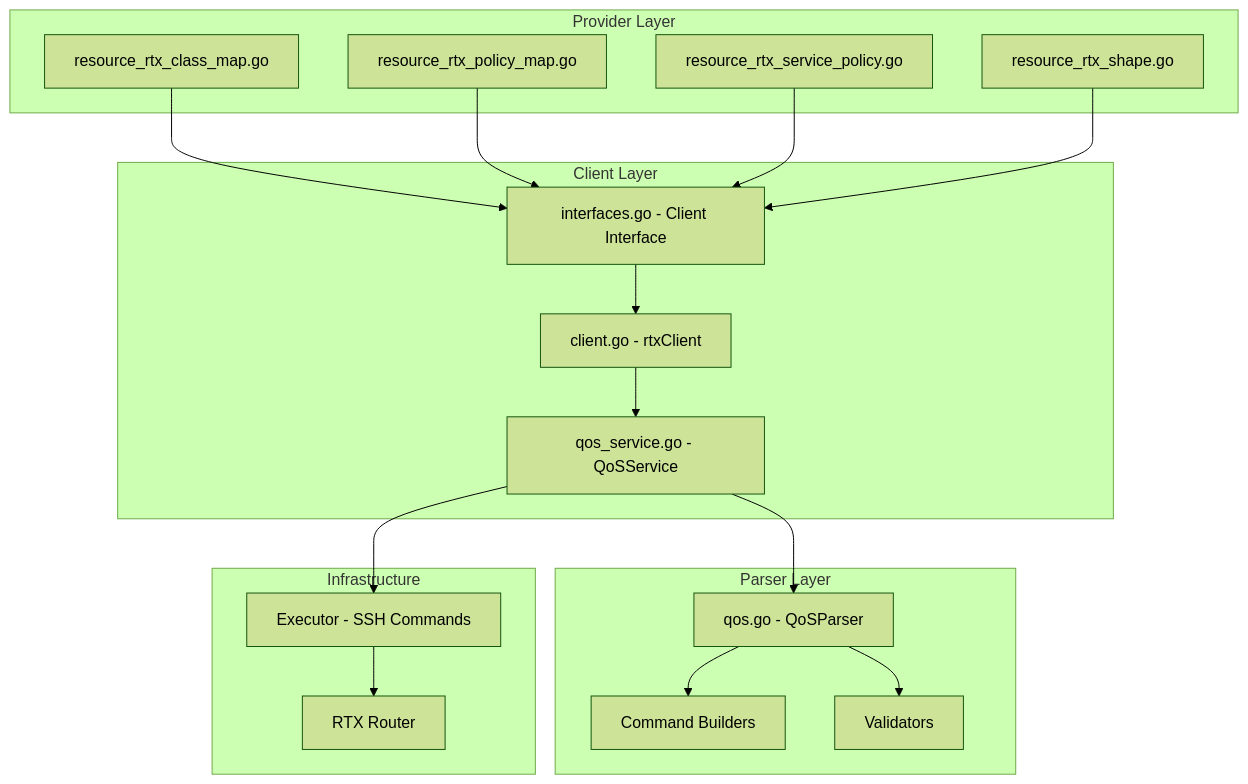
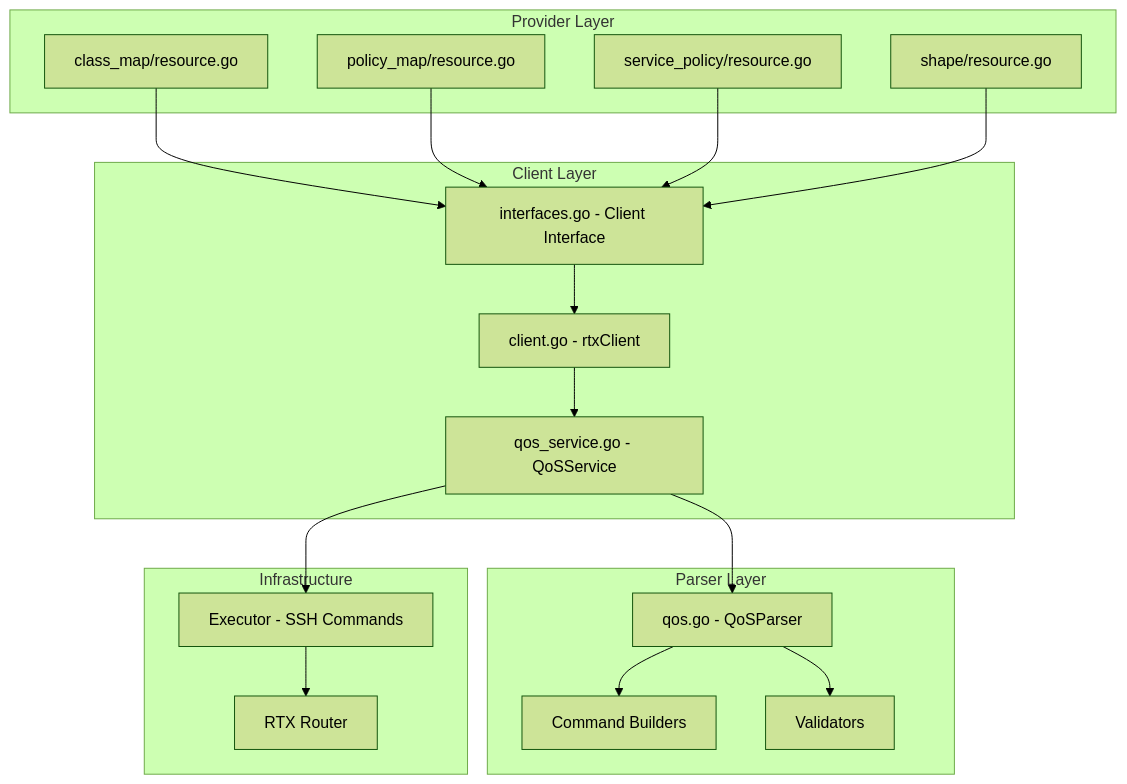
The first of 2 diagrams in .spec-workflow/master-specs/qos/design.md (shin1ohno/terraform-provider-rtx), drawn with Mermaid (forest theme) before and after one commit. The commit also changed other lines of this file and 43 other files, not shown here.

````diff
--- a/.spec-workflow/master-specs/qos/design.md
+++ b/.spec-workflow/master-specs/qos/design.md
@@ -55,42 +55,42 @@
 ```mermaid
 graph TD
     subgraph "Provider Layer"
-        CM[resource_rtx_class_map.go]
-        PM[resource_rtx_policy_map.go]
-        SP[resource_rtx_service_policy.go]
-        SH[resource_rtx_shape.go]
+        CM[class_map/resource.go]
+        PM[policy_map/resource.go]
+        SP[service_policy/resource.go]
+        SH[shape/resource.go]
     end
 
     subgraph "Client Layer"
         CI[interfaces.go - Client Interface]
         CL[client.go - rtxClient]
         QS[qos_service.go - QoSService]
     end
 
     subgraph "Parser Layer"
         QP[qos.go - QoSParser]
         CB[Command Builders]
         VL[Validators]
     end
 
     subgraph "Infrastructure"
         EX[Executor - SSH Commands]
         RT[RTX Router]
     end
 
     CM --> CI
     PM --> CI
     SP --> CI
     SH --> CI
 
     CI --> CL
     CL --> QS
 
     QS --> QP
     QS --> EX
 
     QP --> CB
     QP --> VL
 
     EX --> RT
 ```
````
